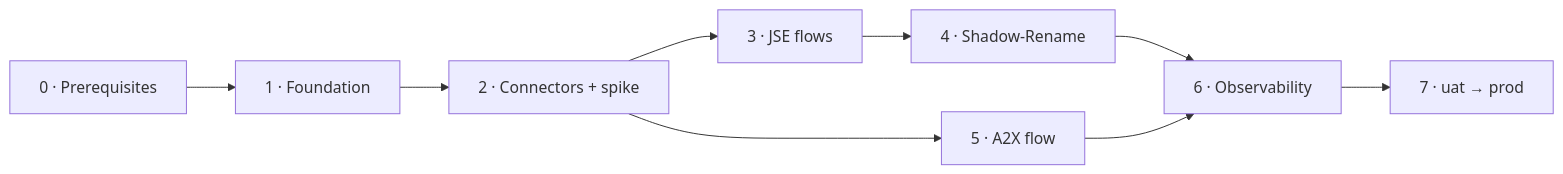
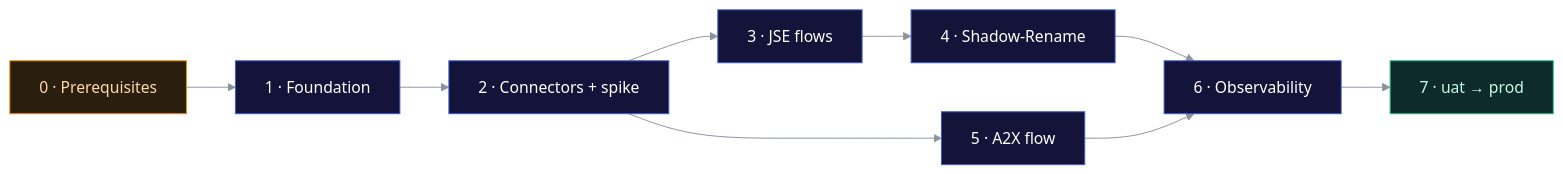
The diagram in docs/implementation-plan.md (neolace/reimagined-robot), drawn with Mermaid before and after one commit. The commit also changed 7 other files, not shown here.

````diff
--- a/docs/implementation-plan.md
+++ b/docs/implementation-plan.md
@@ -52,11 +52,19 @@
 ```mermaid
+%%{init: {"theme": "base", "themeVariables": {"darkMode": true, "background": "#0d1117", "primaryColor": "#1c1f24", "primaryTextColor": "#e9ecef", "primaryBorderColor": "#868e96", "lineColor": "#8b949e", "arrowheadColor": "#8b949e", "clusterBkg": "#161b22", "clusterBorder": "#495057", "titleColor": "#e9ecef", "edgeLabelBackground": "#1c1f24", "noteBkgColor": "#2a1e0f", "noteTextColor": "#ffd8a8", "noteBorderColor": "#f08c00"}}}%%
 flowchart LR
     P0[0 · Prerequisites] --> P1[1 · Foundation]
     P1 --> P2[2 · Connectors + spike]
     P2 --> P3[3 · JSE flows]
     P2 --> P5[5 · A2X flow]
     P3 --> P4[4 · Shadow-Rename]
     P4 --> P6[6 · Observability]
     P5 --> P6
     P6 --> P7[7 · uat → prod]
+
+    classDef blue fill:#14143a,stroke:#3b5bdb,color:#fff
+    classDef teal fill:#0f2a2a,stroke:#12b886,color:#c3fae8
+    classDef orange fill:#2a1e0f,stroke:#f08c00,color:#ffd8a8
+    class P1,P2,P3,P4,P5,P6 blue
+    class P7 teal
+    class P0 orange
 ```
````
